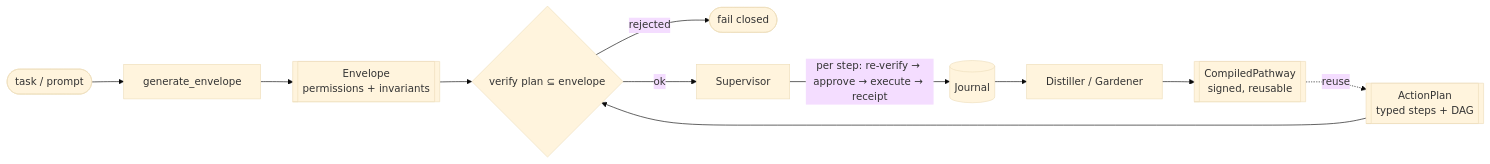
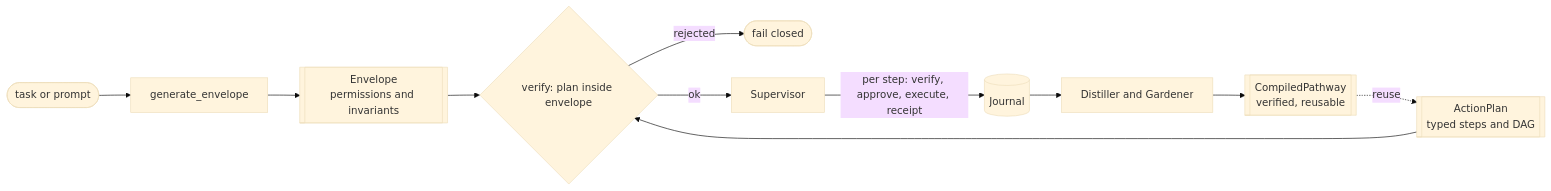
One commit to levitatingflyfisher/openDaisugi changed the first of 6 diagrams in docs/architecture/OVERVIEW.md. Above: the diagram before and after it, drawn with Mermaid (base theme). The commit also changed other lines of this file and 1918 other files, not shown here.

````diff
--- a/docs/architecture/OVERVIEW.md
+++ b/docs/architecture/OVERVIEW.md
@@ -22,13 +157,13 @@
 ```mermaid
 flowchart LR
-    prompt([task / prompt]) --> gen[generate_envelope]
-    gen --> env[[Envelope<br/>permissions + invariants]]
-    plan[[ActionPlan<br/>typed steps + DAG]] --> verify
-    env --> verify{verify plan ⊆ envelope}
+    prompt([task or prompt]) --> gen[generate_envelope]
+    gen --> env[[Envelope<br/>permissions and invariants]]
+    plan[[ActionPlan<br/>typed steps and DAG]] --> verify
+    env --> verify{verify: plan inside envelope}
     verify -- rejected --> stop([fail closed])
     verify -- ok --> sup[Supervisor]
-    sup -->|per step: re-verify → approve → execute → receipt| journal[(Journal)]
-    journal --> distill[Distiller / Gardener]
-    distill --> pathway[[CompiledPathway<br/>signed, reusable]]
+    sup -->|per step: verify, approve, execute, receipt| journal[(Journal)]
+    journal --> distill[Distiller and Gardener]
+    distill --> pathway[[CompiledPathway<br/>verified, reusable]]
     pathway -.reuse.-> plan
 ```
````
